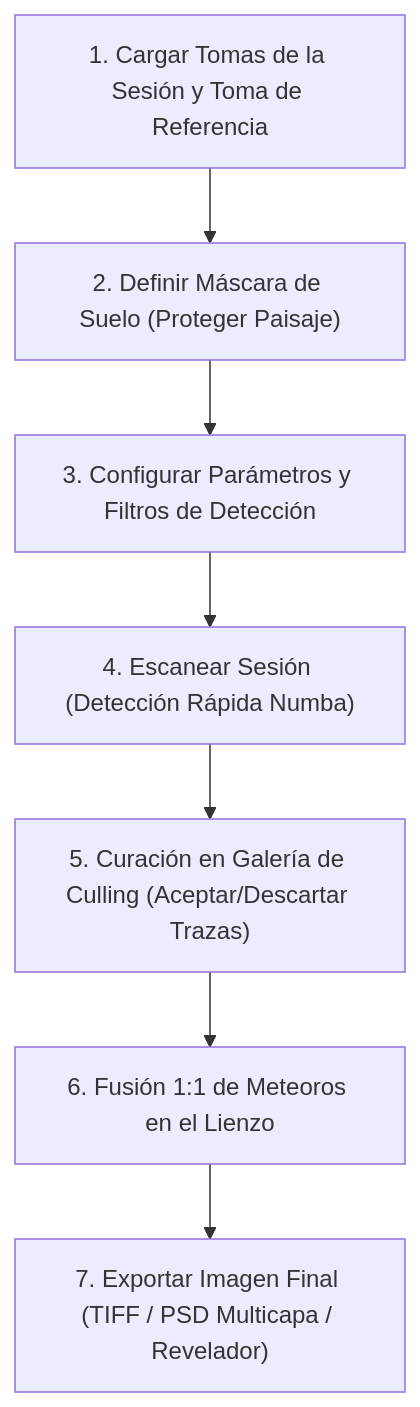
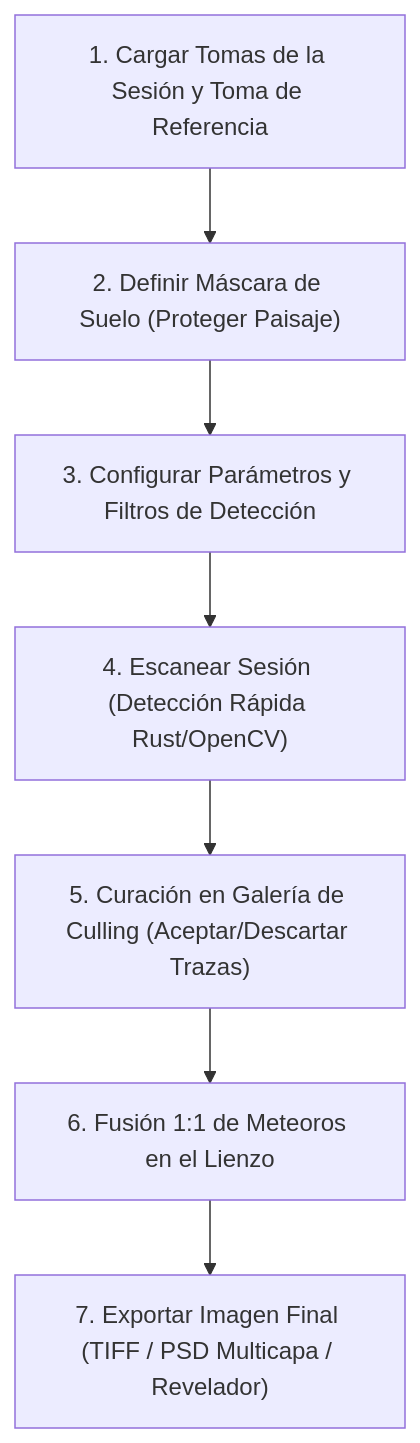
The second of 2 diagrams in MANUAL_DE_USUARIO.md (shilmar/AstroLoom), drawn with Mermaid before and after one commit. The commit also changed other lines of this file and 24 other files, not shown here.

Commit message:
feat: mascara de enfoque y purga integral de numba unificada en rust rayon

````diff
--- a/MANUAL_DE_USUARIO.md
+++ b/MANUAL_DE_USUARIO.md
@@ -613,9 +613,9 @@
 ```mermaid
 flowchart TD
     A["1. Cargar Tomas de la Sesión y Toma de Referencia"] --> B["2. Definir Máscara de Suelo (Proteger Paisaje)"]
     B --> C["3. Configurar Parámetros y Filtros de Detección"]
-    C --> D["4. Escanear Sesión (Detección Rápida Numba)"]
+    C --> D["4. Escanear Sesión (Detección Rápida Rust/OpenCV)"]
     D --> E["5. Curación en Galería de Culling (Aceptar/Descartar Trazas)"]
     E --> F["6. Fusión 1:1 de Meteoros en el Lienzo"]
     F --> G["7. Exportar Imagen Final (TIFF / PSD Multicapa / Revelador)"]
 ```
````
